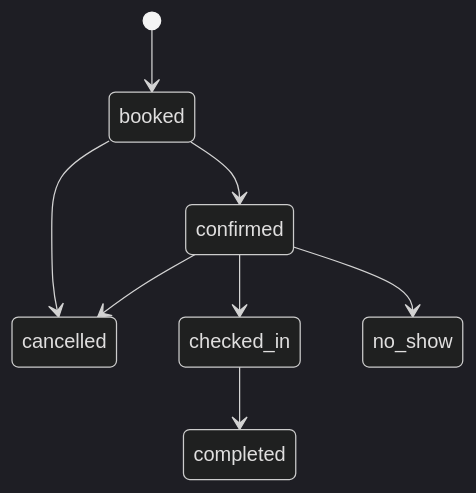
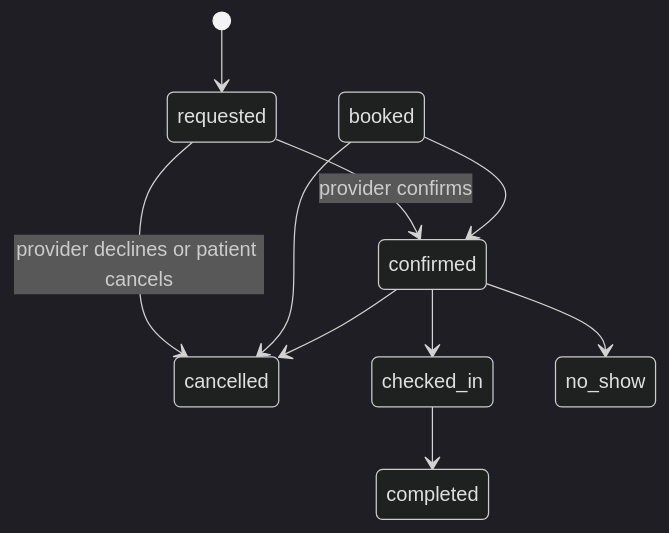
The third of 3 diagrams in docs/data-model.md (Ghosted34/CAREBRIDGE), drawn with Mermaid (dark theme) before and after one commit. The commit also changed other lines of this file and 91 other files, not shown here.

First line of the commit message:
feat(api): simplified booking flow — requested appointments, KYC, centre-scoped slots (#4)

````diff
--- a/docs/data-model.md
+++ b/docs/data-model.md
@@ -95,10 +117,12 @@
 ```mermaid
 stateDiagram-v2
-  [*] --> booked
+  [*] --> requested
+  requested --> confirmed: provider confirms
+  requested --> cancelled: provider declines or patient cancels
   booked --> confirmed
   booked --> cancelled
   confirmed --> checked_in
   confirmed --> cancelled
   confirmed --> no_show
   checked_in --> completed
 ```
````
